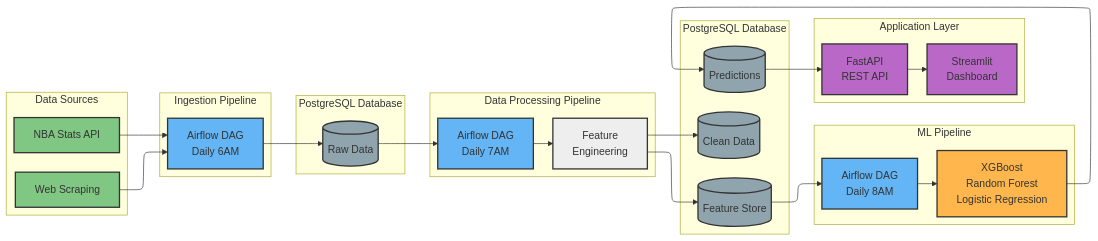
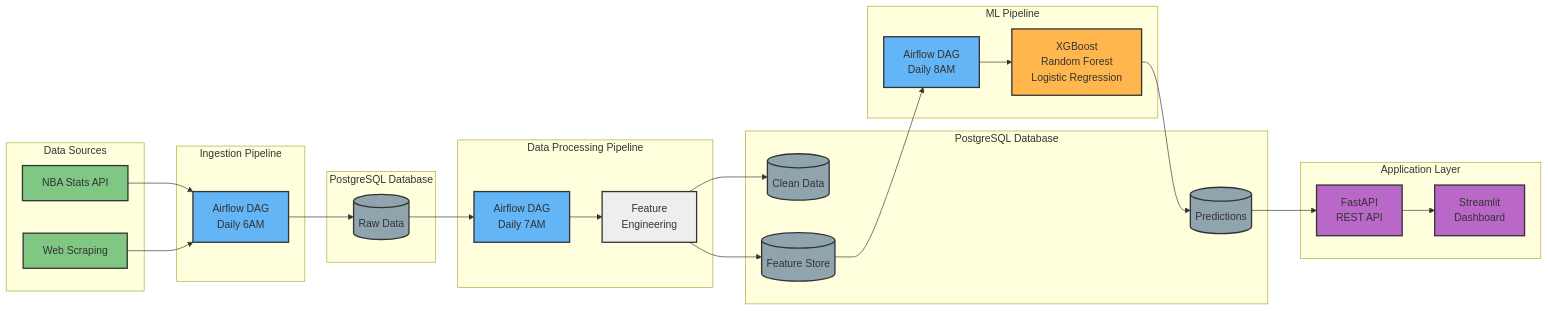
One commit to Daniel-Tietie/nba-data-pipeline-analytics changed the diagram in README.md. Above: the diagram before and after it, drawn with Mermaid.

````diff
--- a/README.md
+++ b/README.md
@@ -14,59 +14,59 @@
 ```mermaid
 ---
 config:
-  layout: elk
+  layout: dagre
 ---
 flowchart LR
  subgraph sources["Data Sources"]
         API["NBA Stats API"]
         WEB["Web Scraping"]
   end
  subgraph ingestion["Ingestion Pipeline"]
         INGEST["Airflow DAG<br>Daily 6AM"]
   end
  subgraph storage1["PostgreSQL Database"]
         RAW[("Raw Data")]
   end
  subgraph processing["Data Processing Pipeline"]
         ETL["Airflow DAG<br>Daily 7AM"]
         FEAT["Feature<br>Engineering"]
   end
  subgraph storage2["PostgreSQL Database"]
         CLEAN[("Clean Data")]
         FEATURES[("Feature Store")]
         PREDS[("Predictions")]
   end
  subgraph ml["ML Pipeline"]
         TRAIN["Airflow DAG<br>Daily 8AM"]
         MODELS["XGBoost<br>Random Forest<br>Logistic Regression"]
   end
  subgraph serving["Application Layer"]
         API_LAYER["FastAPI<br>REST API"]
         UI["Streamlit<br>Dashboard"]
   end
     API --> INGEST
     WEB --> INGEST
     INGEST --> RAW
     RAW --> ETL
     ETL --> FEAT
     FEAT --> CLEAN & FEATURES
     FEATURES --> TRAIN
     TRAIN --> MODELS
     MODELS --> PREDS
     PREDS --> API_LAYER
     API_LAYER --> UI
     style API fill:#81C784,stroke:#333,stroke-width:2px
     style WEB fill:#81C784,stroke:#333,stroke-width:2px
     style INGEST fill:#64B5F6,stroke:#333,stroke-width:2px
     style RAW fill:#90A4AE,stroke:#333,stroke-width:2px
     style ETL fill:#64B5F6,stroke:#333,stroke-width:2px
     style FEAT fill:#EEEEEE,stroke:#333,stroke-width:2px
     style CLEAN fill:#90A4AE,stroke:#333,stroke-width:2px
     style FEATURES fill:#90A4AE,stroke:#333,stroke-width:2px
     style PREDS fill:#90A4AE,stroke:#333,stroke-width:2px
     style TRAIN fill:#64B5F6,stroke:#333,stroke-width:2px
     style MODELS fill:#FFB74D,stroke:#333,stroke-width:2px
     style API_LAYER fill:#BA68C8,stroke:#333,stroke-width:2px
     style UI fill:#BA68C8,stroke:#333,stroke-width:2px
 
 ```
````
